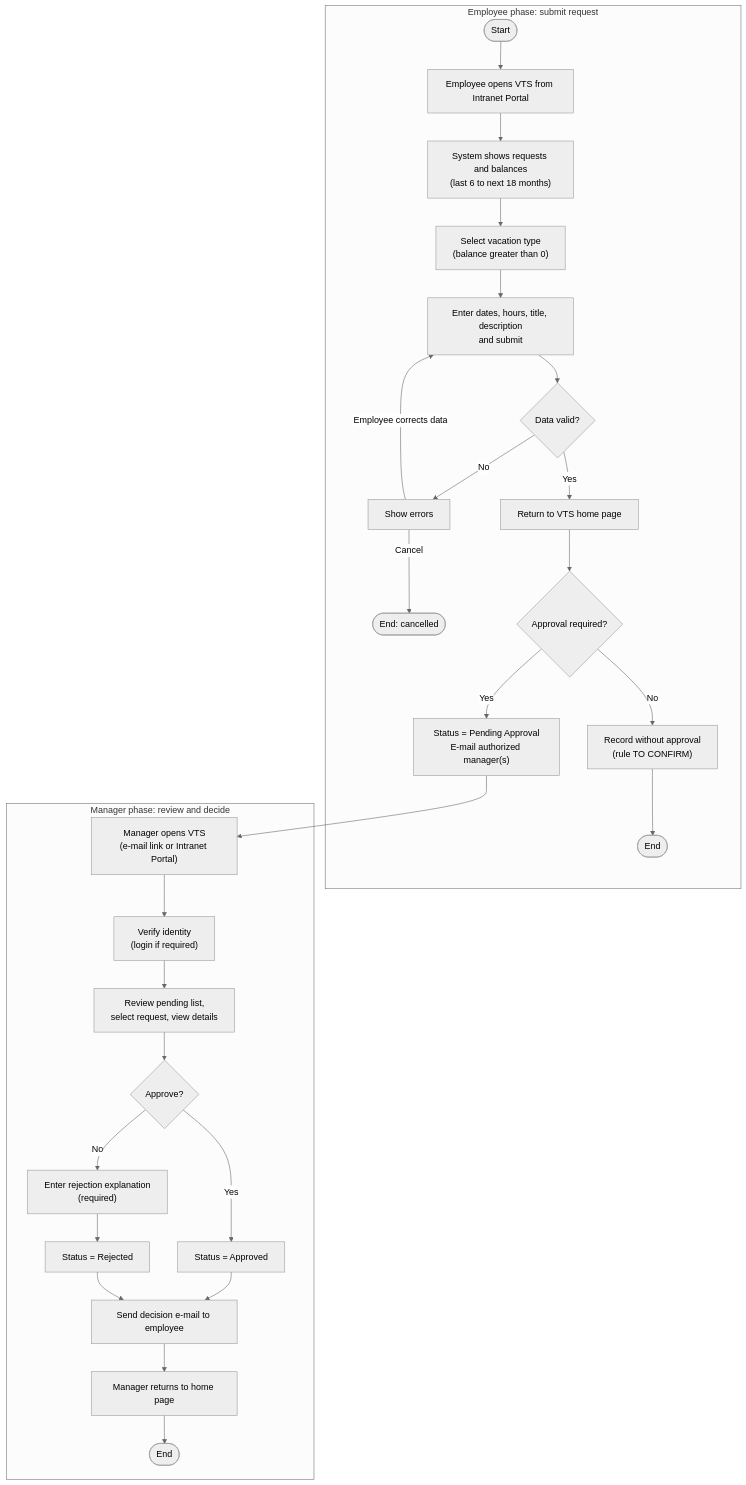
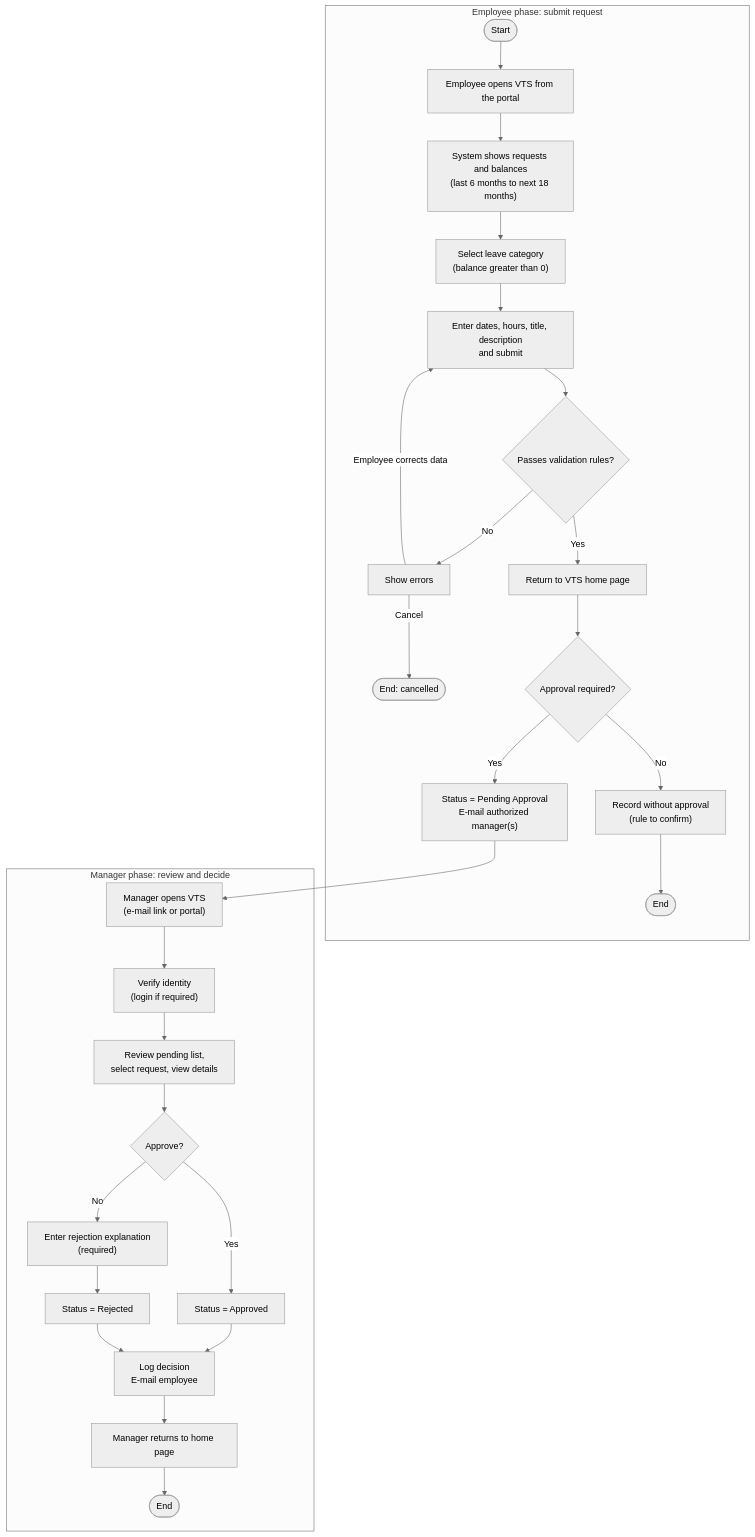
One commit to AhhmedNasser74/Vacation-Tracking-System changed the second of 3 diagrams in README.md. Above: the diagram before and after it, drawn with Mermaid (neutral theme). The commit also changed other lines of this file, not shown here.

````diff
--- a/README.md
+++ b/README.md
@@ -315,34 +249,34 @@
 ```mermaid
 flowchart TD
     subgraph EMP["Employee phase: submit request"]
-        S([Start]) --> A1["Employee opens VTS from Intranet Portal"]
-        A1 --> A2["System shows requests and balances<br/>(last 6 to next 18 months)"]
-        A2 --> A3["Select vacation type<br/>(balance greater than 0)"]
+        S([Start]) --> A1["Employee opens VTS from the portal"]
+        A1 --> A2["System shows requests and balances<br/>(last 6 months to next 18 months)"]
+        A2 --> A3["Select leave category<br/>(balance greater than 0)"]
         A3 --> A4["Enter dates, hours, title, description<br/>and submit"]
-        A4 --> D1{"Data valid?"}
+        A4 --> D1{"Passes validation rules?"}
         D1 -- No --> E1["Show errors"]
         E1 -- Employee corrects data --> A4
         E1 -- Cancel --> X1([End: cancelled])
         D1 -- Yes --> A5["Return to VTS home page"]
         A5 --> D2{"Approval required?"}
-        D2 -- No --> N1["Record without approval<br/>(rule TO CONFIRM)"]
+        D2 -- No --> N1["Record without approval<br/>(rule to confirm)"]
         N1 --> X2([End])
         D2 -- Yes --> A6["Status = Pending Approval<br/>E-mail authorized manager(s)"]
     end
 
     subgraph MGR["Manager phase: review and decide"]
-        B1["Manager opens VTS<br/>(e-mail link or Intranet Portal)"]
+        B1["Manager opens VTS<br/>(e-mail link or portal)"]
         B1 --> B2["Verify identity<br/>(login if required)"]
         B2 --> B3["Review pending list,<br/>select request, view details"]
         B3 --> D3{"Approve?"}
         D3 -- Yes --> B4["Status = Approved"]
         D3 -- No --> B5["Enter rejection explanation<br/>(required)"]
         B5 --> B6["Status = Rejected"]
-        B4 --> B7["Send decision e-mail to employee"]
+        B4 --> B7["Log decision<br/>E-mail employee"]
         B6 --> B7
         B7 --> B8["Manager returns to home page"]
         B8 --> X3([End])
     end
 
     A6 --> B1
 ```
````
